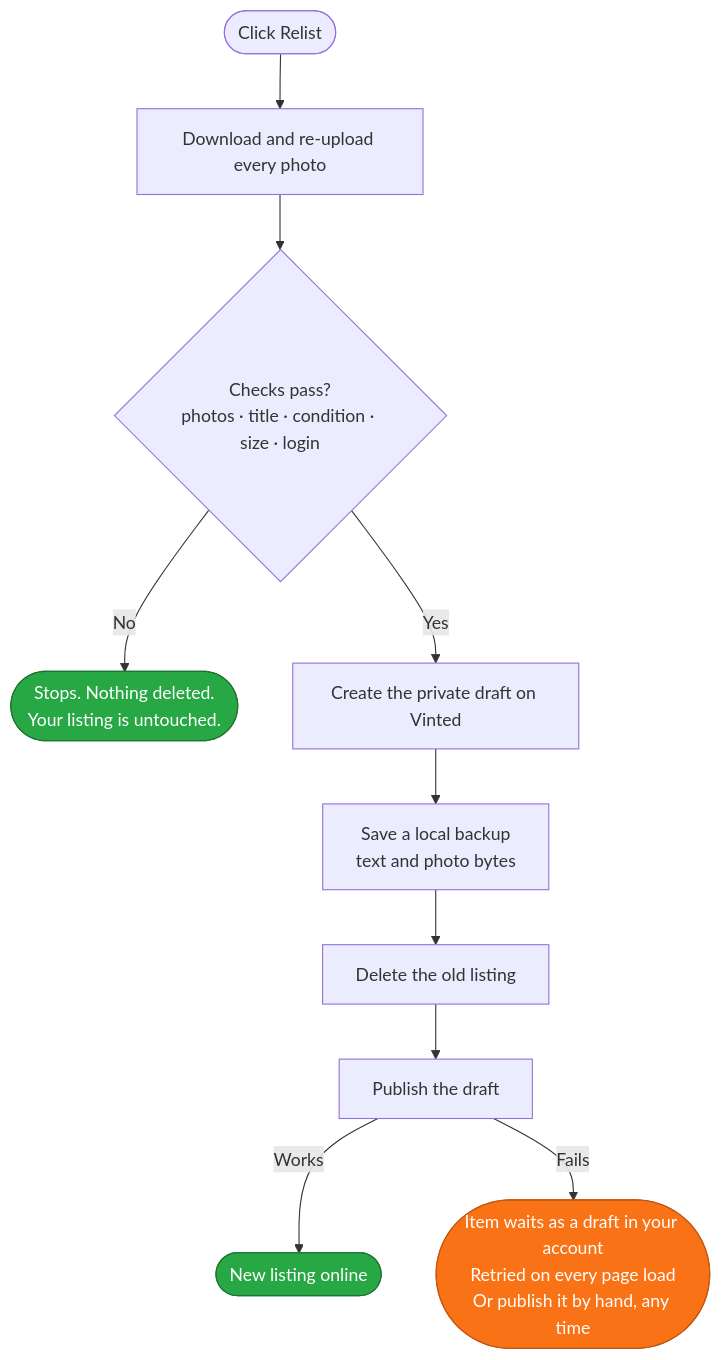
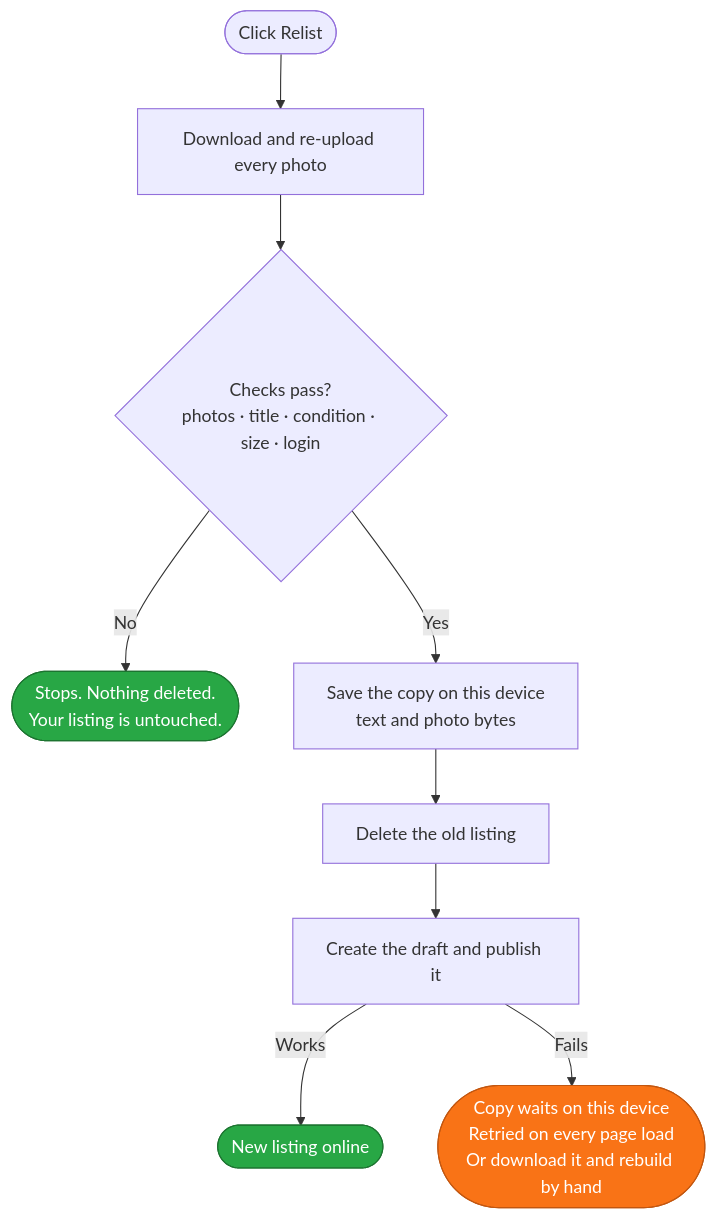
Before and after one commit to g1ampy/Bumpline: the diagram in README.md, drawn with Mermaid. The commit also changed other lines of this file and 7 other files, not shown here.

````diff
--- a/README.md
+++ b/README.md
@@ -209,17 +277,16 @@
 ```mermaid
 flowchart TD
     A([Click Relist]) --> B[Download and re-upload every photo]
     B --> C{Checks pass?<br/>photos · title · condition · size · login}
     C -->|No| STOP([Stops. Nothing deleted.<br/>Your listing is untouched.])
-    C -->|Yes| D[Create the private draft on Vinted]
-    D --> E[Save a local backup<br/>text and photo bytes]
-    E --> F[Delete the old listing]
-    F --> G[Publish the draft]
+    C -->|Yes| D[Save the copy on this device<br/>text and photo bytes]
+    D --> F[Delete the old listing]
+    F --> G[Create the draft and publish it]
     G -->|Works| OK([New listing online])
-    G -->|Fails| SAFE([Item waits as a draft in your account<br/>Retried on every page load<br/>Or publish it by hand, any time])
+    G -->|Fails| SAFE([Copy waits on this device<br/>Retried on every page load<br/>Or download it and rebuild by hand])
 
     classDef good fill:#28A745,stroke:#1c7430,color:#ffffff
     classDef warn fill:#F97316,stroke:#c2560f,color:#ffffff
     class STOP,OK good
     class SAFE warn
 ```
````
